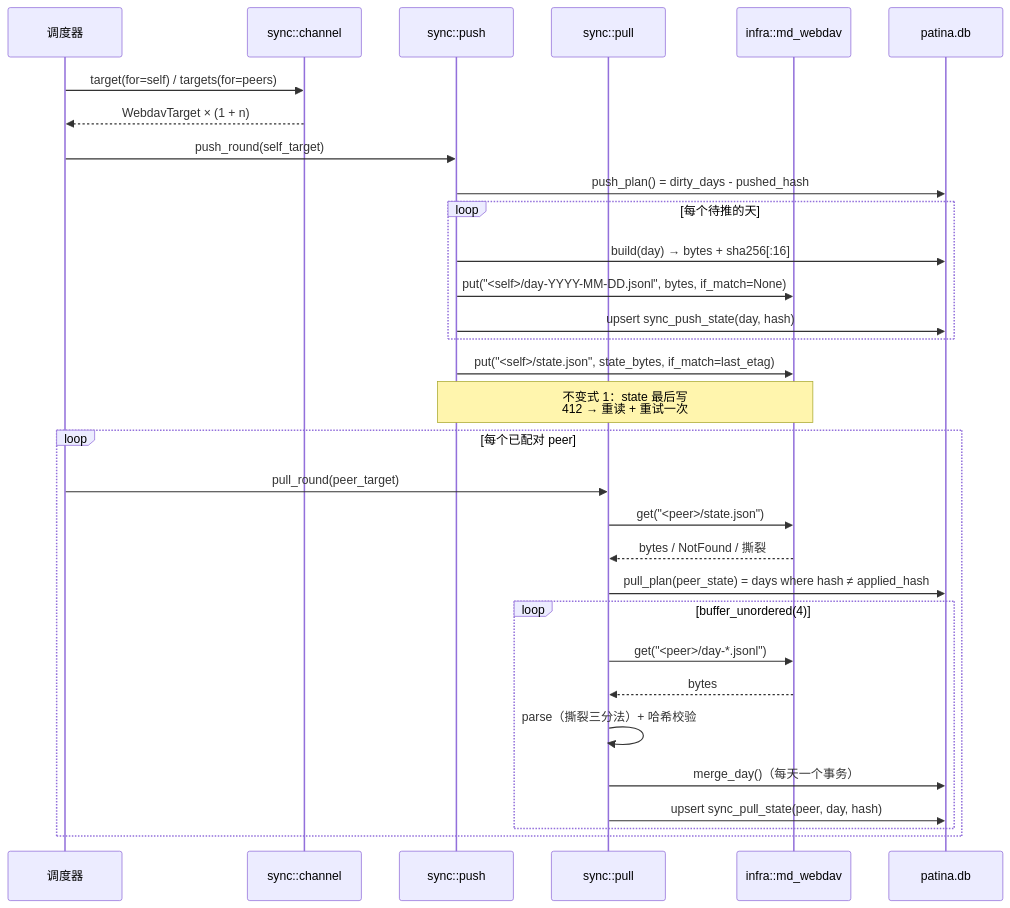
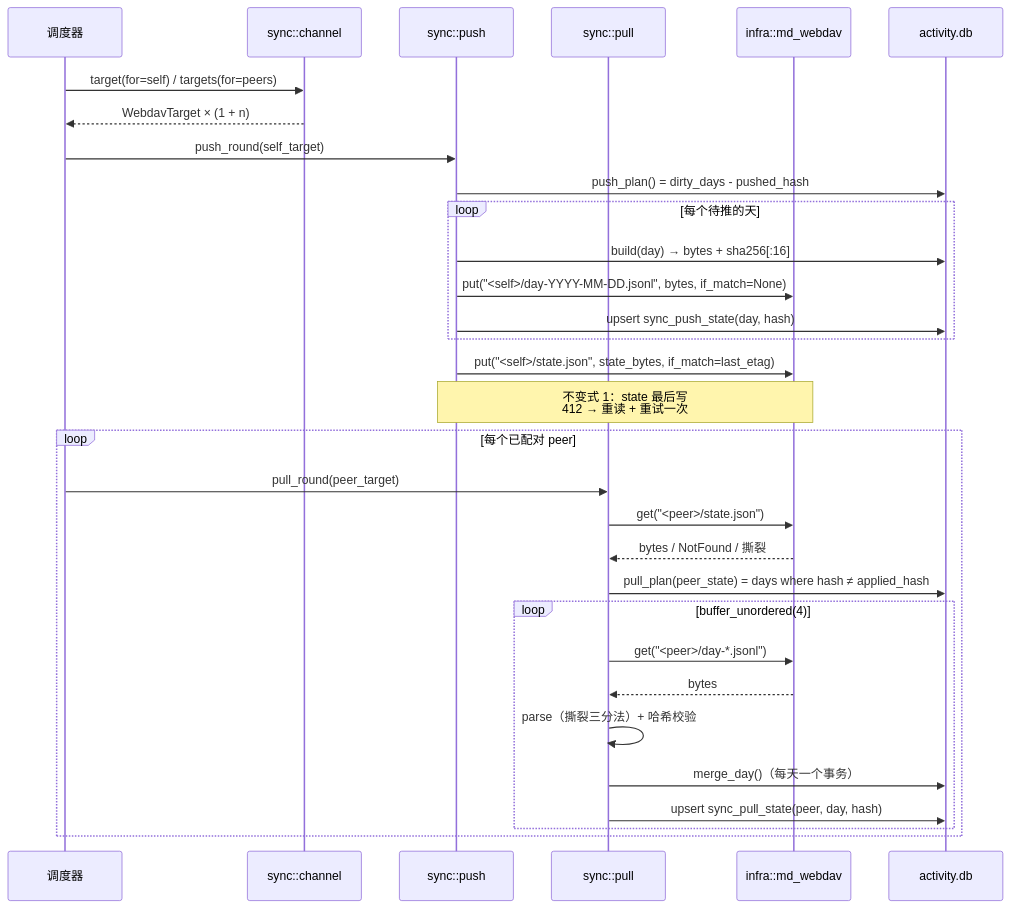
Before and after one commit to BigDog2712/Timing: the second of 2 diagrams in docs/design/PLAN-20261114-P4-同步协议.md, drawn with Mermaid. The commit also changed other lines of this file and 3 other files, not shown here.

````diff
--- a/docs/design/PLAN-20261114-P4-同步协议.md
+++ b/docs/design/PLAN-20261114-P4-同步协议.md
@@ -926,35 +926,35 @@
 ```mermaid
 sequenceDiagram
   participant S as 调度器
   participant Ch as sync::channel
   participant Push as sync::push
   participant Pull as sync::pull
   participant WV as infra::md_webdav
-  participant DB as patina.db
+  participant DB as activity.db
 
   S->>Ch: target(for=self) / targets(for=peers)
   Ch-->>S: WebdavTarget × (1 + n)
   S->>Push: push_round(self_target)
   Push->>DB: push_plan() = dirty_days - pushed_hash
   loop 每个待推的天
     Push->>DB: build(day)  →  bytes + sha256[:16]
     Push->>WV: put("<self>/day-YYYY-MM-DD.jsonl", bytes, if_match=None)
     Push->>DB: upsert sync_push_state(day, hash)
   end
   Push->>WV: put("<self>/state.json", state_bytes, if_match=last_etag)
   Note over Push,WV: 不变式 1：state 最后写<br/>412 → 重读 + 重试一次
 
   loop 每个已配对 peer
     S->>Pull: pull_round(peer_target)
     Pull->>WV: get("<peer>/state.json")
     WV-->>Pull: bytes / NotFound / 撕裂
     Pull->>DB: pull_plan(peer_state) = days where hash ≠ applied_hash
     loop buffer_unordered(4)
       Pull->>WV: get("<peer>/day-*.jsonl")
       WV-->>Pull: bytes
       Pull->>Pull: parse（撕裂三分法）+ 哈希校验
       Pull->>DB: merge_day()（每天一个事务）
       Pull->>DB: upsert sync_pull_state(peer, day, hash)
     end
   end
 ```
````
